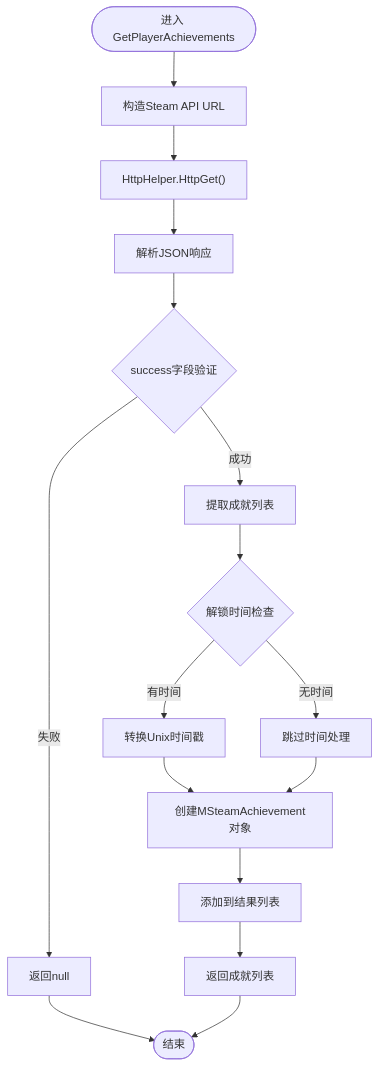
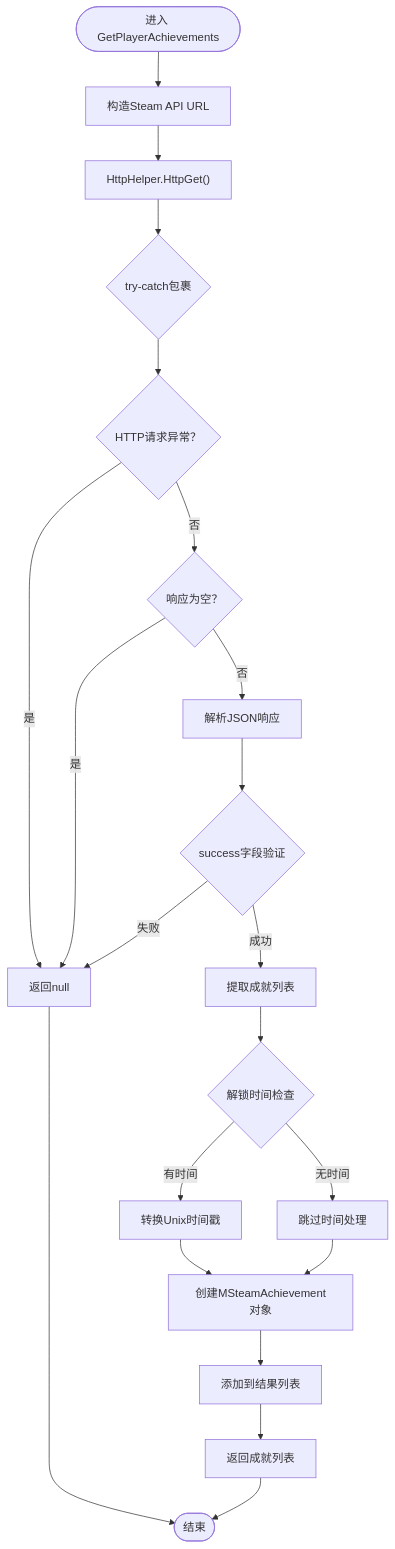
The fourth of 6 diagrams in .qoder/repowiki/zh/content/后端 API 服务/Steam 集成模块.md (TinyMaD/SpeedRunnersLab), drawn with Mermaid before and after one commit. The commit also changed other lines of this file and 9 other files, not shown here.

````diff
--- a/.qoder/repowiki/zh/content/后端 API 服务/Steam 集成模块.md
+++ b/.qoder/repowiki/zh/content/后端 API 服务/Steam 集成模块.md
@@ -205,18 +285,23 @@
 ```mermaid
 flowchart TD
 Start(["进入 GetPlayerAchievements"]) --> BuildUrl["构造Steam API URL"]
 BuildUrl --> HttpGet["HttpHelper.HttpGet()"]
-HttpGet --> ParseJson["解析JSON响应"]
+HttpGet --> TryCatch{"try-catch包裹"}
+TryCatch --> HttpError{"HTTP请求异常？"}
+HttpError --> |是| ReturnNull["返回null"]
+HttpError --> |否| CheckResponse{"响应为空？"}
+CheckResponse --> |是| ReturnNull
+CheckResponse --> |否| ParseJson["解析JSON响应"]
 ParseJson --> CheckSuccess{"success字段验证"}
-CheckSuccess --> |失败| ReturnNull["返回null"]
+CheckSuccess --> |失败| ReturnNull
 CheckSuccess --> |成功| ExtractAch["提取成就列表"]
 ExtractAch --> ParseUnlockTime{"解锁时间检查"}
 ParseUnlockTime --> |有时间| ConvertTime["转换Unix时间戳"]
 ParseUnlockTime --> |无时间| SkipTime["跳过时间处理"]
 ConvertTime --> CreateModel["创建MSteamAchievement对象"]
 SkipTime --> CreateModel
 CreateModel --> AddToList["添加到结果列表"]
 AddToList --> ReturnList["返回成就列表"]
 ReturnNull --> End(["结束"])
 ReturnList --> End
 ```
````
